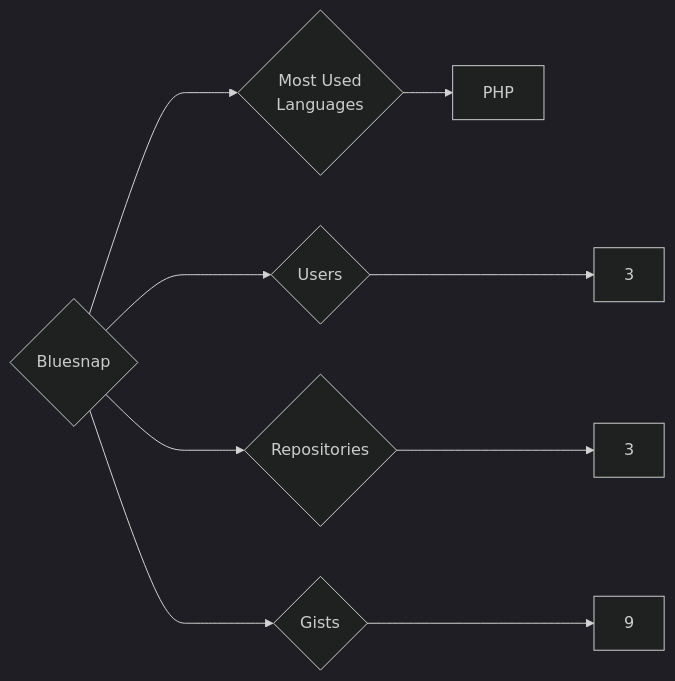
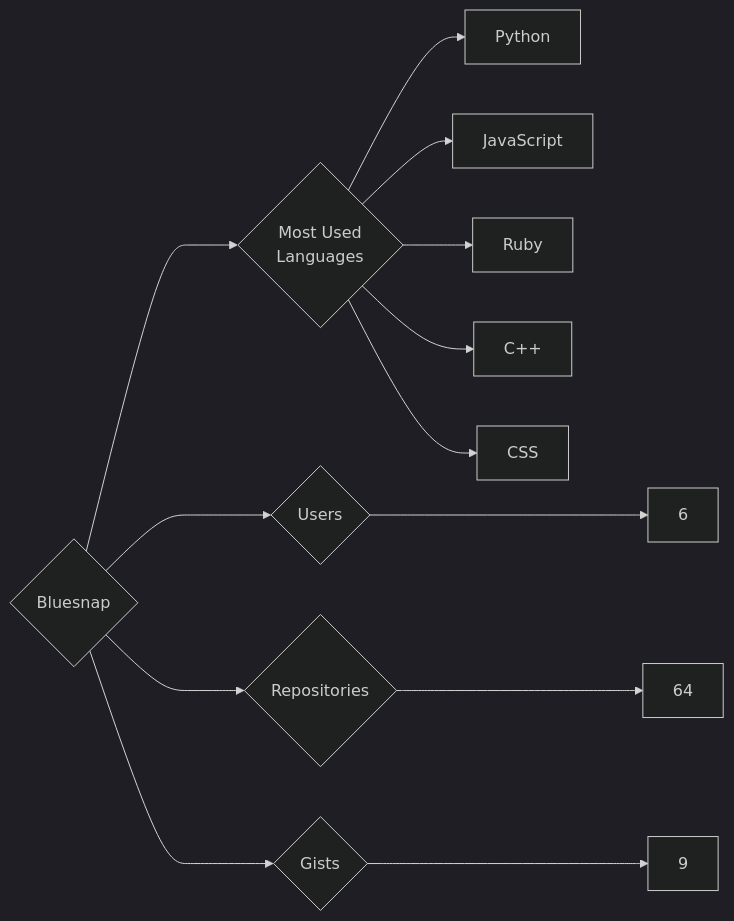
One commit to trickest/insiders changed the diagram in targets/Bluesnap/README.md. Above: the diagram before and after it, drawn with Mermaid (dark theme). The commit also changed 1020 other files, not shown here.

````diff
--- a/targets/Bluesnap/README.md
+++ b/targets/Bluesnap/README.md
@@ -3,9 +3,13 @@
 ```mermaid
 graph LR
 COMPANY_NAME{Bluesnap}
-COMPANY_NAME ---> U{Users} ---> UN[3]
-COMPANY_NAME ---> R{Repositories} ---> RN[3]
+COMPANY_NAME ---> U{Users} ---> UN[6]
+COMPANY_NAME ---> R{Repositories} ---> RN[64]
 COMPANY_NAME ---> G{Gists} ---> GN[9]
 COMPANY_NAME ---> ML{Most Used<br>Languages}
-ML --> PHP[PHP]
+ML --> Python[Python]
+ML --> JavaScript[JavaScript]
+ML --> Ruby[Ruby]
+ML --> C++[C++]
+ML --> CSS[CSS]
 ```
````
